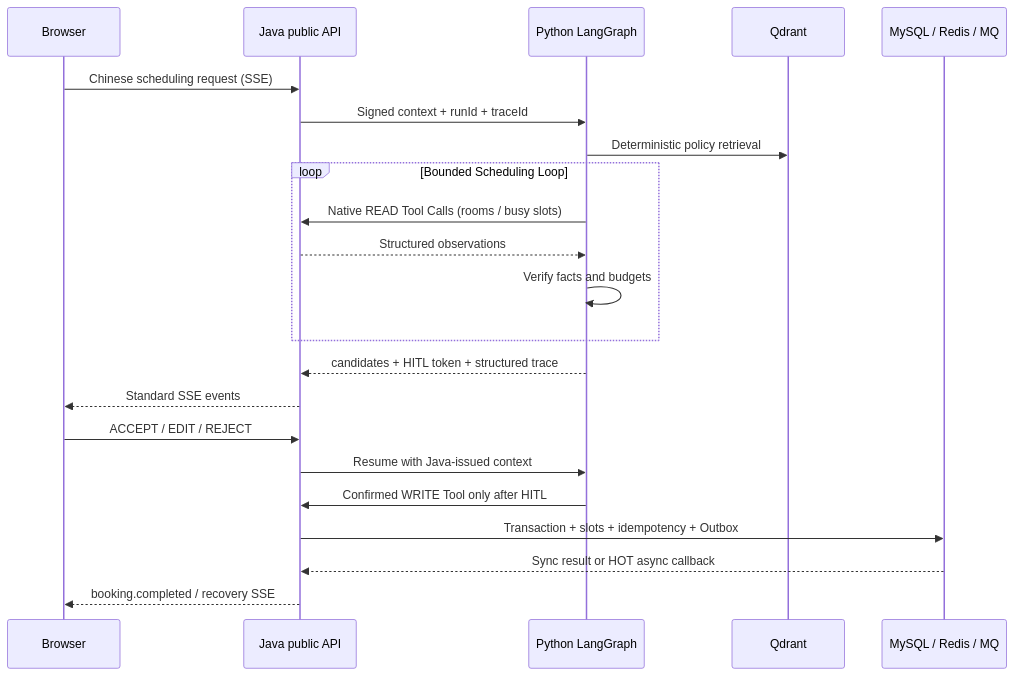
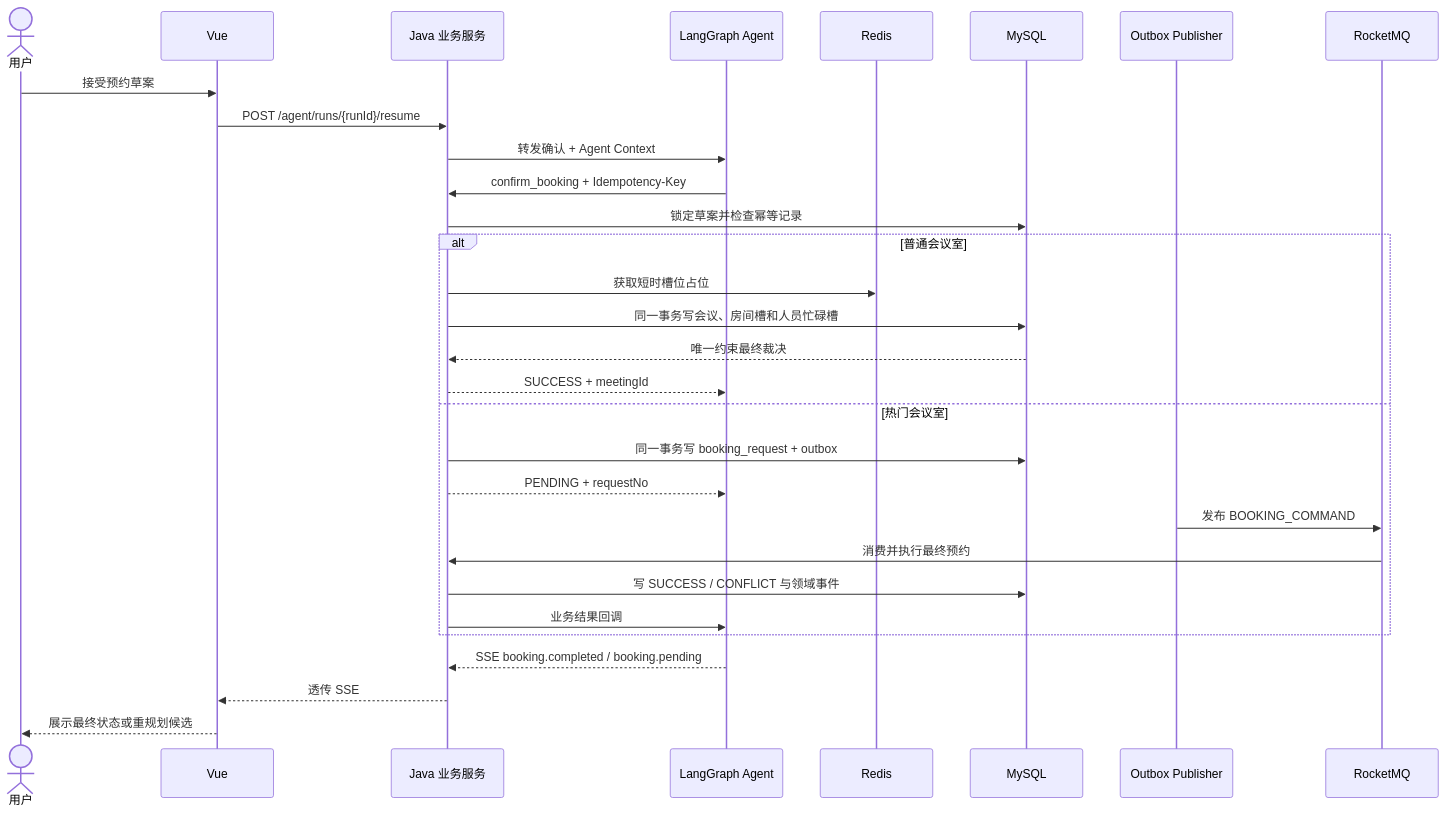
One commit to Azzzzrael999/WeMe-agent changed the third of 4 diagrams in README.md. Above: the diagram before and after it, drawn with Mermaid. The commit also changed other lines of this file and 34 other files, not shown here.

````diff
--- a/README.md
+++ b/README.md
@@ -35,25 +216,35 @@
 ```mermaid
 sequenceDiagram
-    participant B as Browser
-    participant J as Java public API
-    participant P as Python LangGraph
-    participant Q as Qdrant
-    participant M as MySQL / Redis / MQ
+    actor U as 用户
+    participant F as Vue
+    participant J as Java 业务服务
+    participant A as LangGraph Agent
+    participant R as Redis
+    participant D as MySQL
+    participant O as Outbox Publisher
+    participant M as RocketMQ
 
-    B->>J: Chinese scheduling request (SSE)
-    J->>P: Signed context + runId + traceId
-    P->>Q: Deterministic policy retrieval
-    loop Bounded Scheduling Loop
-        P->>J: Native READ Tool Calls (rooms / busy slots)
-        J-->>P: Structured observations
-        P->>P: Verify facts and budgets
+    U->>F: 接受预约草案
+    F->>J: POST /agent/runs/{runId}/resume
+    J->>A: 转发确认 + Agent Context
+    A->>J: confirm_booking + Idempotency-Key
+    J->>D: 锁定草案并检查幂等记录
+
+    alt 普通会议室
+        J->>R: 获取短时槽位占位
+        J->>D: 同一事务写会议、房间槽和人员忙碌槽
+        D-->>J: 唯一约束最终裁决
+        J-->>A: SUCCESS + meetingId
+    else 热门会议室
+        J->>D: 同一事务写 booking_request + outbox
+        J-->>A: PENDING + requestNo
+        O->>M: 发布 BOOKING_COMMAND
+        M->>J: 消费并执行最终预约
+        J->>D: 写 SUCCESS / CONFLICT 与领域事件
+        J->>A: 业务结果回调
     end
-    P-->>J: candidates + HITL token + structured trace
-    J-->>B: Standard SSE events
-    B->>J: ACCEPT / EDIT / REJECT
-    J->>P: Resume with Java-issued context
-    P->>J: Confirmed WRITE Tool only after HITL
-    J->>M: Transaction + slots + idempotency + Outbox
-    M-->>J: Sync result or HOT async callback
-    J-->>B: booking.completed / recovery SSE
+
+    A-->>J: SSE booking.completed / booking.pending
+    J-->>F: 透传 SSE
+    F-->>U: 展示最终状态或重规划候选
 ```
````
